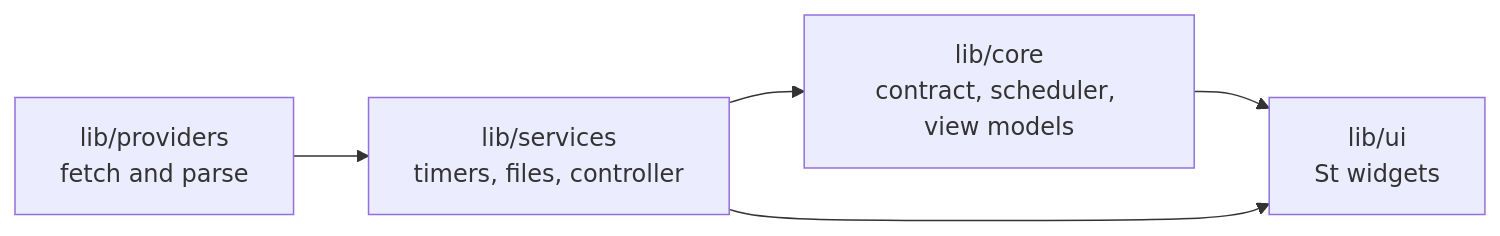
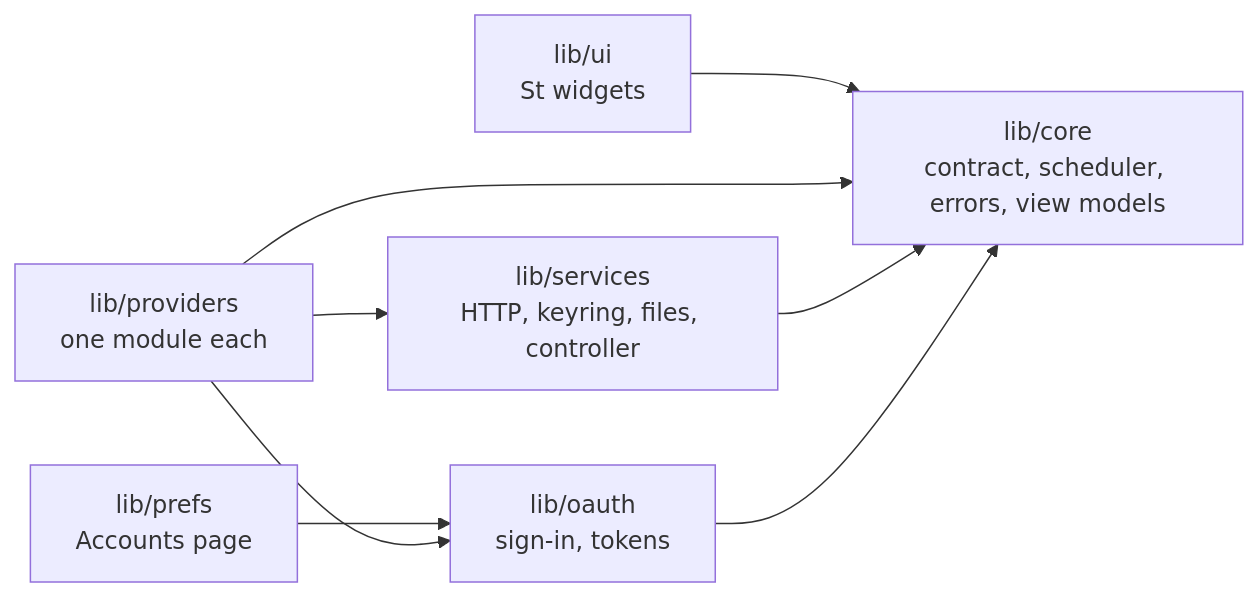
One commit to dandgabr/elfvision changed the diagram in docs/development.md. Above: the diagram before and after it, drawn with Mermaid. The commit also changed other lines of this file and 8 other files, not shown here.

````diff
--- a/docs/development.md
+++ b/docs/development.md
@@ -47,7 +48,10 @@
 ```mermaid
 flowchart LR
-    providers["lib/providers<br/>fetch and parse"] --> services["lib/services<br/>timers, files, controller"]
-    services --> core["lib/core<br/>contract, scheduler, view models"]
-    core --> ui["lib/ui<br/>St widgets"]
-    services --> ui
+    ui["lib/ui<br/>St widgets"] --> core["lib/core<br/>contract, scheduler, errors, view models"]
+    prefs["lib/prefs<br/>Accounts page"] --> oauth["lib/oauth<br/>sign-in, tokens"]
+    providers["lib/providers<br/>one module each"] --> core
+    providers --> oauth
+    providers --> services["lib/services<br/>HTTP, keyring, files, controller"]
+    services --> core
+    oauth --> core
 ```
````
